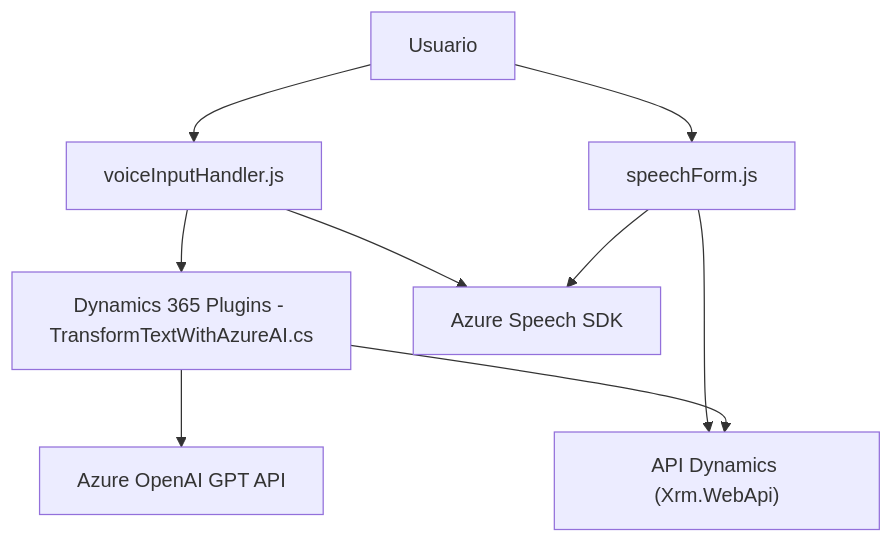
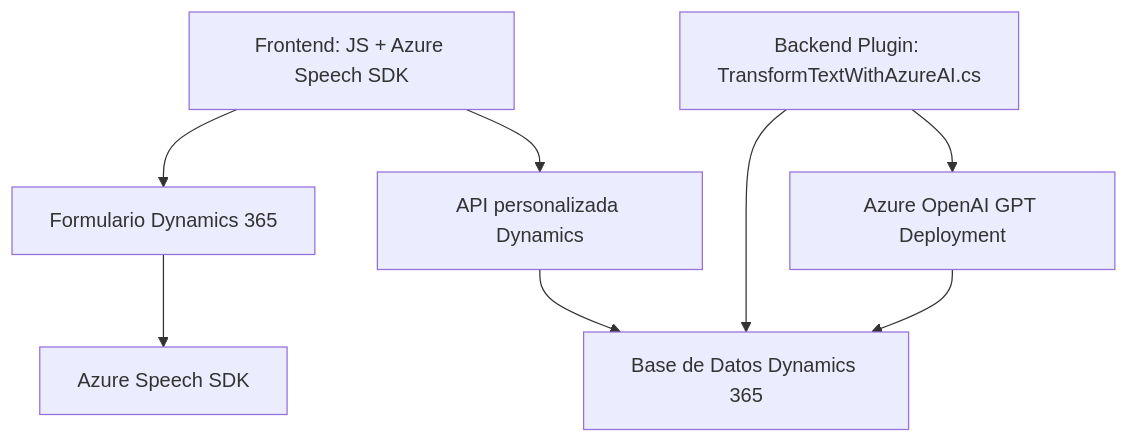
The diagram in README.md (blopezdm/NETCORE_BILBAO2025), drawn with Mermaid before and after one commit. The commit also changed other lines of this file, not shown here.

````diff
--- a/README.md
+++ b/README.md
@@ -42,17 +51,18 @@
 ```mermaid
 graph TD
-    A["Usuario"]
-    B["voiceInputHandler.js"] 
-    C["speechForm.js"]
-    D["Dynamics 365 Plugins - TransformTextWithAzureAI.cs"]
-    E["Azure Speech SDK"]
-    F["Azure OpenAI GPT API"]
-    G["API Dynamics (Xrm.WebApi)"]
+    A["Frontend: JS + Azure Speech SDK"]
+    B["Formulario Dynamics 365"]
+    C["Azure Speech SDK"]
+    D["API personalizada Dynamics"]
+    E["Backend Plugin: TransformTextWithAzureAI.cs"]
+    F["Azure OpenAI GPT Deployment"]
+    G["Base de Datos Dynamics 365"]
 
-    A --> B --> E
-    A --> C --> E
-    B --> D
-    C --> G
-    D --> F
+    A --> B
+    B --> C
+    A --> D
     D --> G
+    E --> F
+    E --> G
+    F --> G
 ```
````
